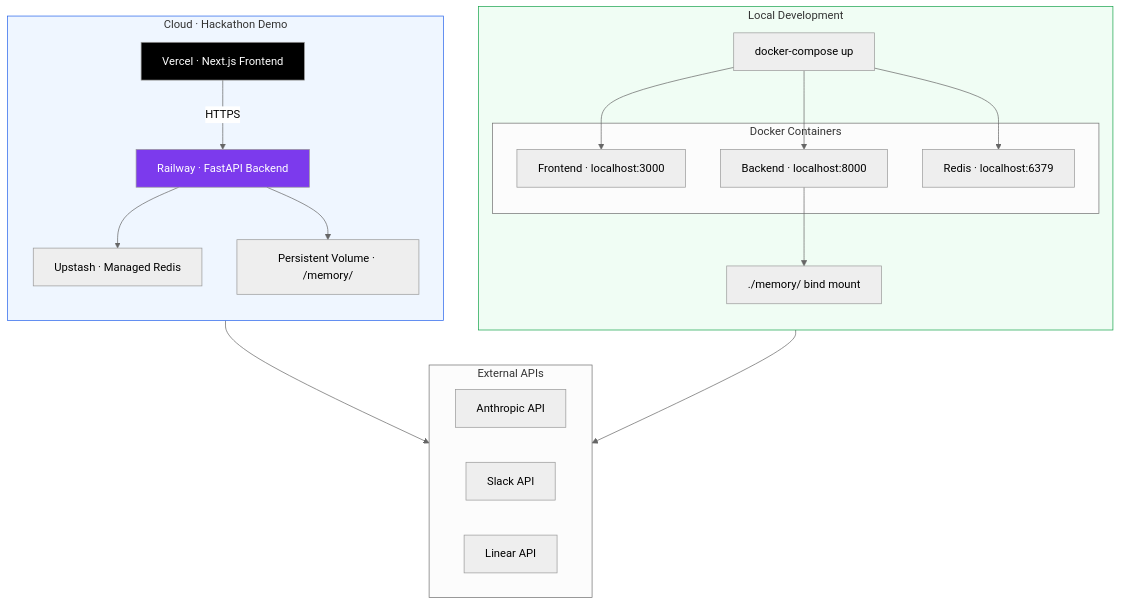
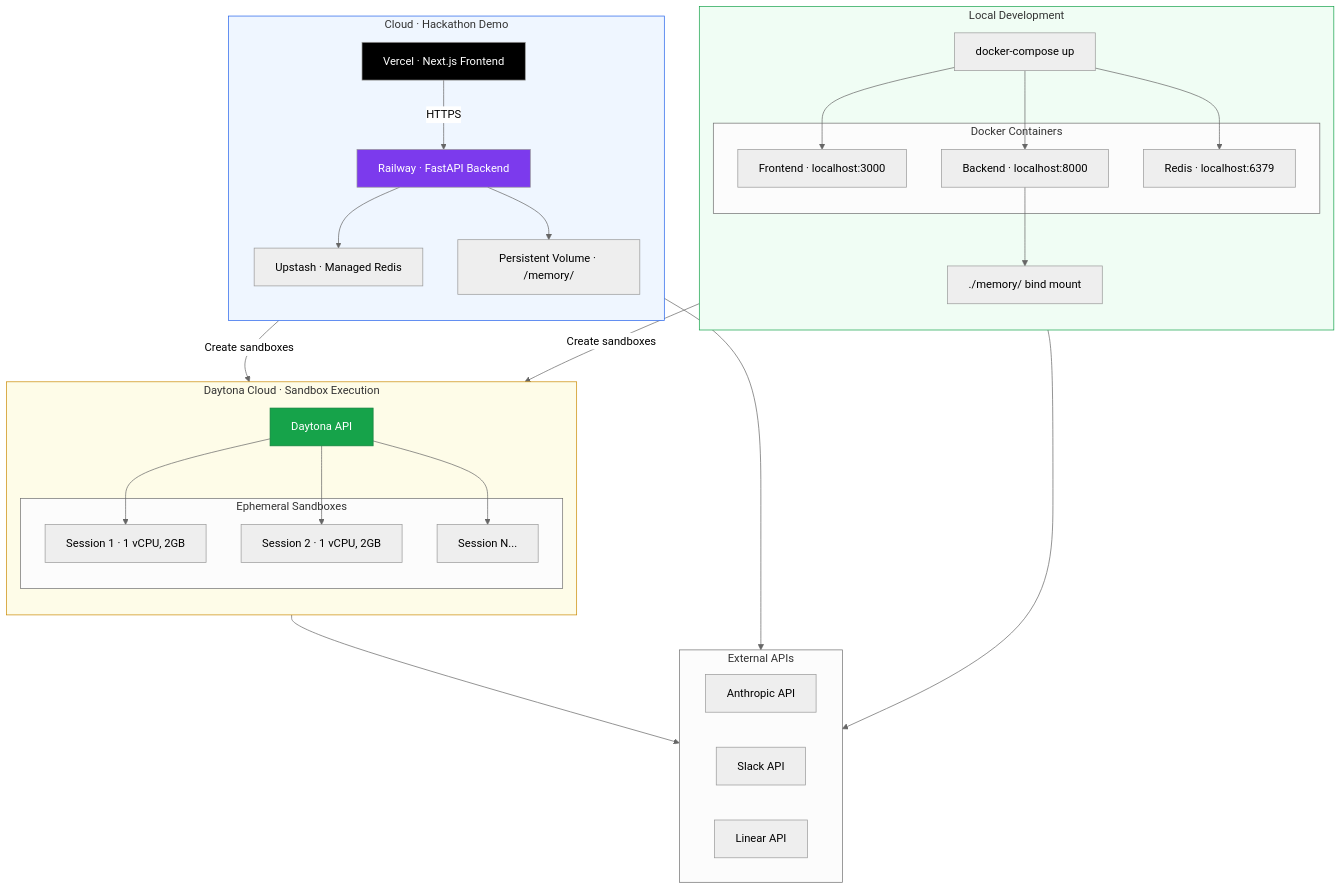
Before and after one commit to naga-k/velocity: the diagram in diagrams/04-deployment.mermaid, drawn with Mermaid (neutral theme). The commit also changed 10 other files, not shown here.

```diff
--- a/diagrams/04-deployment.mermaid
+++ b/diagrams/04-deployment.mermaid
@@ -1,45 +1,65 @@
 graph TB
     subgraph Local["Local Development"]
         direction TB
         DockerCompose["docker-compose up"]
 
         subgraph Containers["Docker Containers"]
             FELocal["Frontend · localhost:3000"]
             BELocal["Backend · localhost:8000"]
             RedisLocal["Redis · localhost:6379"]
         end
 
         MemoryVol["./memory/ bind mount"]
 
         DockerCompose --> FELocal
         DockerCompose --> BELocal
         DockerCompose --> RedisLocal
         BELocal --> MemoryVol
+    end
+
+    subgraph DaytonaCloud["Daytona Cloud · Sandbox Execution"]
+        direction TB
+        DaytonaAPI["Daytona API"]
+
+        subgraph Sandboxes["Ephemeral Sandboxes"]
+            SB1["Session 1 · 1 vCPU, 2GB"]
+            SB2["Session 2 · 1 vCPU, 2GB"]
+            SBN["Session N..."]
+        end
+
+        DaytonaAPI --> SB1
+        DaytonaAPI --> SB2
+        DaytonaAPI --> SBN
     end
 
     subgraph Cloud["Cloud · Hackathon Demo"]
         direction TB
 
         Vercel["Vercel · Next.js Frontend"]
         Railway["Railway · FastAPI Backend"]
         ManagedRedis["Upstash · Managed Redis"]
         PV["Persistent Volume · /memory/"]
 
         Vercel -->|HTTPS| Railway
         Railway --> ManagedRedis
         Railway --> PV
     end
 
     subgraph APIs["External APIs"]
         Anthropic["Anthropic API"]
         SlackExt["Slack API"]
         LinearExt["Linear API"]
     end
 
+    BELocal -->|Create sandboxes| DaytonaCloud
+    Railway -->|Create sandboxes| DaytonaCloud
+    DaytonaCloud --> APIs
     BELocal --> APIs
     Railway --> APIs
 
     style Local fill:#f0fdf4,stroke:#16a34a
     style Cloud fill:#eff6ff,stroke:#2563eb
+    style DaytonaCloud fill:#fefce8,stroke:#ca8a04
     style Vercel fill:#000,color:#fff
     style Railway fill:#7c3aed,color:#fff
+    style DaytonaAPI fill:#16a34a,color:#fff,stroke:#15803d
```
